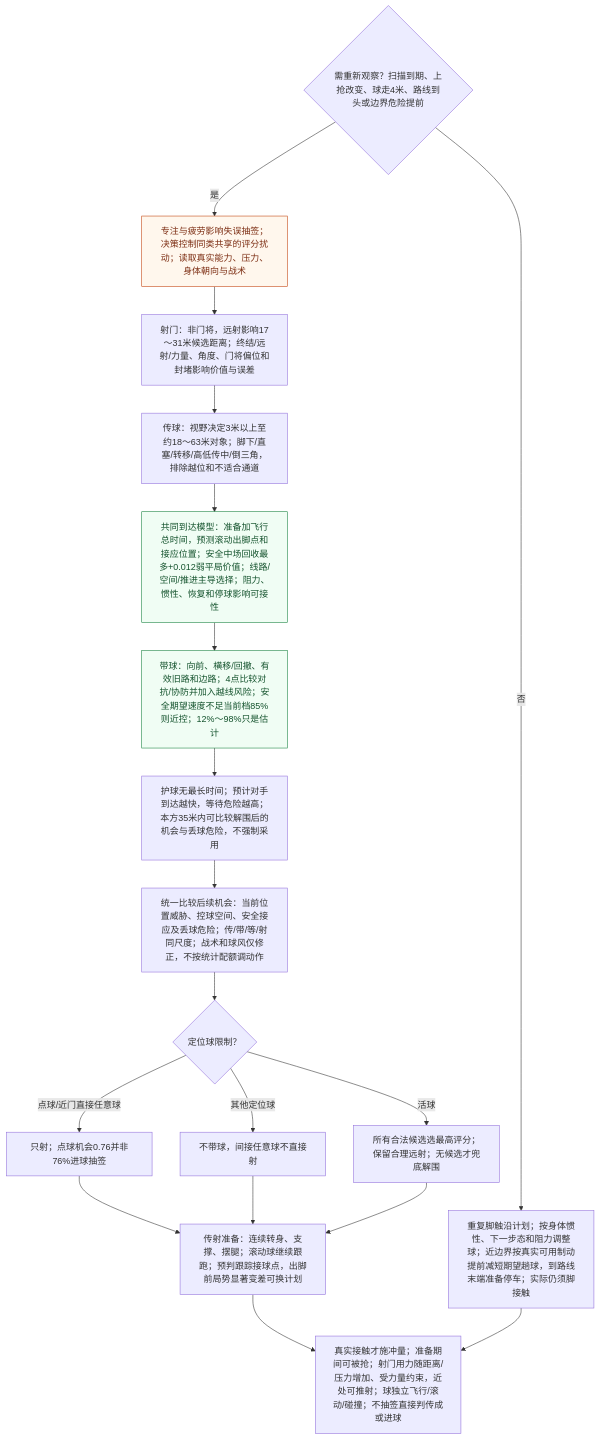
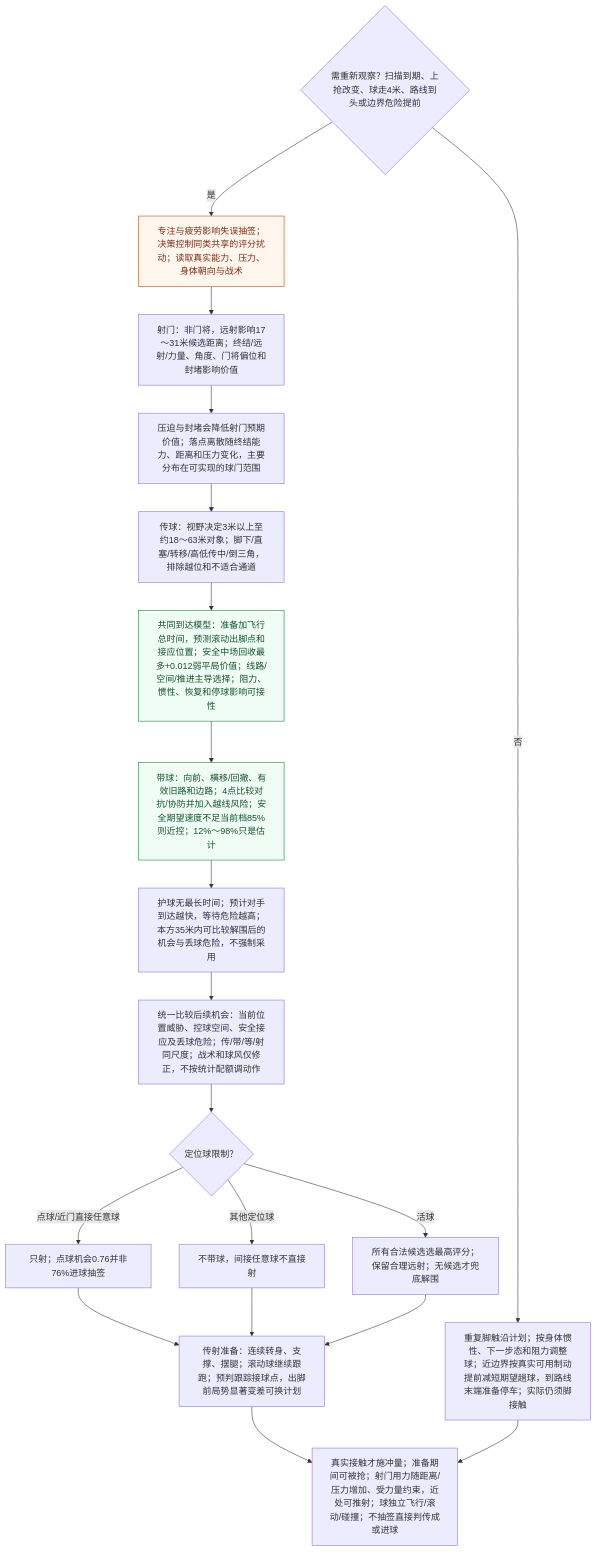
One commit to sixu3575/touchline-manager changed the fifth of 7 diagrams in packages/shared/modules/matches/design/PLAYER_DECISION_MAP.md. Above: the diagram before and after it, drawn with Mermaid. The commit also changed other lines of this file and 33 other files, not shown here.

````diff
--- a/packages/shared/modules/matches/design/PLAYER_DECISION_MAP.md
+++ b/packages/shared/modules/matches/design/PLAYER_DECISION_MAP.md
@@ -167,24 +176,25 @@
 ```mermaid
 flowchart TD
   A0{"需重新观察？扫描到期、上抢改变、球走4米、路线到头或边界危险提前"} -->|否| AM["重复脚触沿计划；按身体惯性、下一步态和阻力调整球；近边界按真实可用制动提前减短期望趟球，到路线末端准备停车；实际仍须脚接触"]
   A0 -->|是| A1["专注与疲劳影响失误抽签；决策控制同类共享的评分扰动；读取真实能力、压力、身体朝向与战术"]
-  A1 --> AS["射门：非门将，远射影响17～31米候选距离；终结/远射/力量、角度、门将偏位和封堵影响价值与误差"]
-  AS --> AP["传球：视野决定3米以上至约18～63米对象；脚下/直塞/转移/高低传中/倒三角，排除越位和不适合通道"]
+  A1 --> AS["射门：非门将，远射影响17～31米候选距离；终结/远射/力量、角度、门将偏位和封堵影响价值"]
+  AS --> AS2["压迫与封堵会降低射门预期价值；落点离散随终结能力、距离和压力变化，主要分布在可实现的球门范围"]
+  AS2 --> AP["传球：视野决定3米以上至约18～63米对象；脚下/直塞/转移/高低传中/倒三角，排除越位和不适合通道"]
   AP --> AR["共同到达模型：准备加飞行总时间，预测滚动出脚点和接应位置；安全中场回收最多+0.012弱平局价值；线路/空间/推进主导选择；阻力、惯性、恢复和停球影响可接性"]
   AR --> AC["带球：向前、横移/回撤、有效旧路和边路；4点比较对抗/协防并加入越线风险；安全期望速度不足当前档85%则近控；12%～98%只是估计"]
   AC --> AH["护球无最长时间；预计对手到达越快，等待危险越高；本方35米内可比较解围后的机会与丢球危险，不强制采用"]
   AH --> AV["统一比较后续机会：当前位置威胁、控球空间、安全接应及丢球危险；传/带/等/射同尺度；战术和球风仅修正，不按统计配额调动作"]
   AV --> AX{"定位球限制？"}
   AX -->|点球/近门直接任意球| AD["只射；点球机会0.76并非76%进球抽签"]
   AX -->|其他定位球| AF["不带球，间接任意球不直接射"]
   AX -->|活球| AB["所有合法候选选最高评分；保留合理远射；无候选才兜底解围"]
   AD --> AE["传射准备：连续转身、支撑、摆腿；滚动球继续跟跑；预判跟踪接球点，出脚前局势显著变差可换计划"]
   AF --> AE
   AB --> AE
   AE --> AK["真实接触才施冲量；准备期间可被抢；射门用力随距离/压力增加、受力量约束，近处可推射；球独立飞行/滚动/碰撞；不抽签直接判传成或进球"]
   AM --> AK
   classDef draw fill:#fff7ed,stroke:#c2410c,color:#7c2d12
   classDef estimate fill:#f0fdf4,stroke:#15803d,color:#14532d
   class A1 draw
   class AR,AC estimate
 ```
````
